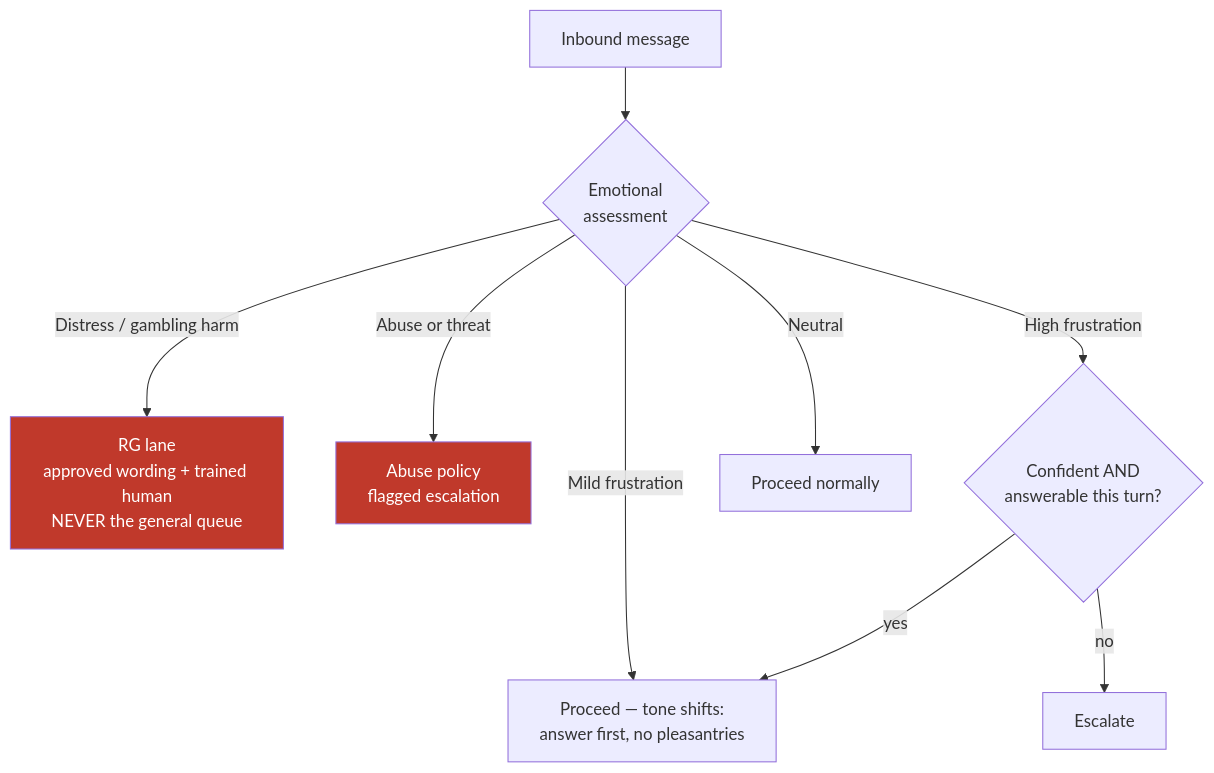
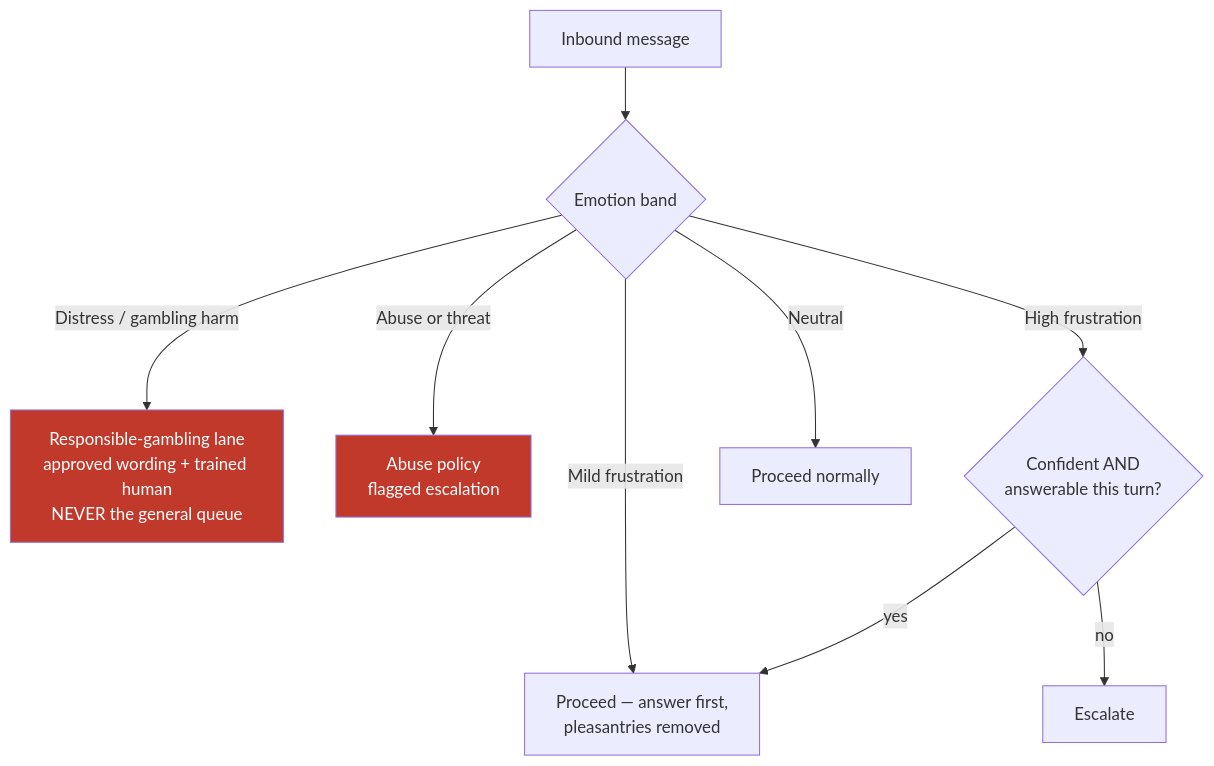
One commit to sdannuri/iGamingAgent changed the fourth of 12 diagrams in Design.md. Above: the diagram before and after it, drawn with Mermaid. The commit also changed other lines of this file and 2 other files, not shown here.

````diff
--- a/Design.md
+++ b/Design.md
@@ -457,15 +514,15 @@
 ```mermaid
 graph TD
-    M["Inbound message"] --> C{"Emotional<br/>assessment"}
-    C -->|"Distress / gambling harm"| RG["RG lane<br/>approved wording + trained human<br/>NEVER the general queue"]
+    M["Inbound message"] --> C{"Emotion band"}
+    C -->|"Distress / gambling harm"| RG["Responsible-gambling lane<br/>approved wording + trained human<br/>NEVER the general queue"]
     C -->|"Abuse or threat"| AB["Abuse policy<br/>flagged escalation"]
     C -->|"High frustration"| HF{"Confident AND<br/>answerable this turn?"}
-    C -->|"Mild frustration"| MF["Proceed — tone shifts:<br/>answer first, no pleasantries"]
+    C -->|"Mild frustration"| MF["Proceed — answer first,<br/>pleasantries removed"]
     C -->|"Neutral"| NE["Proceed normally"]
 
     HF -->|yes| MF
     HF -->|no| ESC["Escalate"]
 
     style RG fill:#c0392b,color:#fff
     style AB fill:#c0392b,color:#fff
 ```
````
